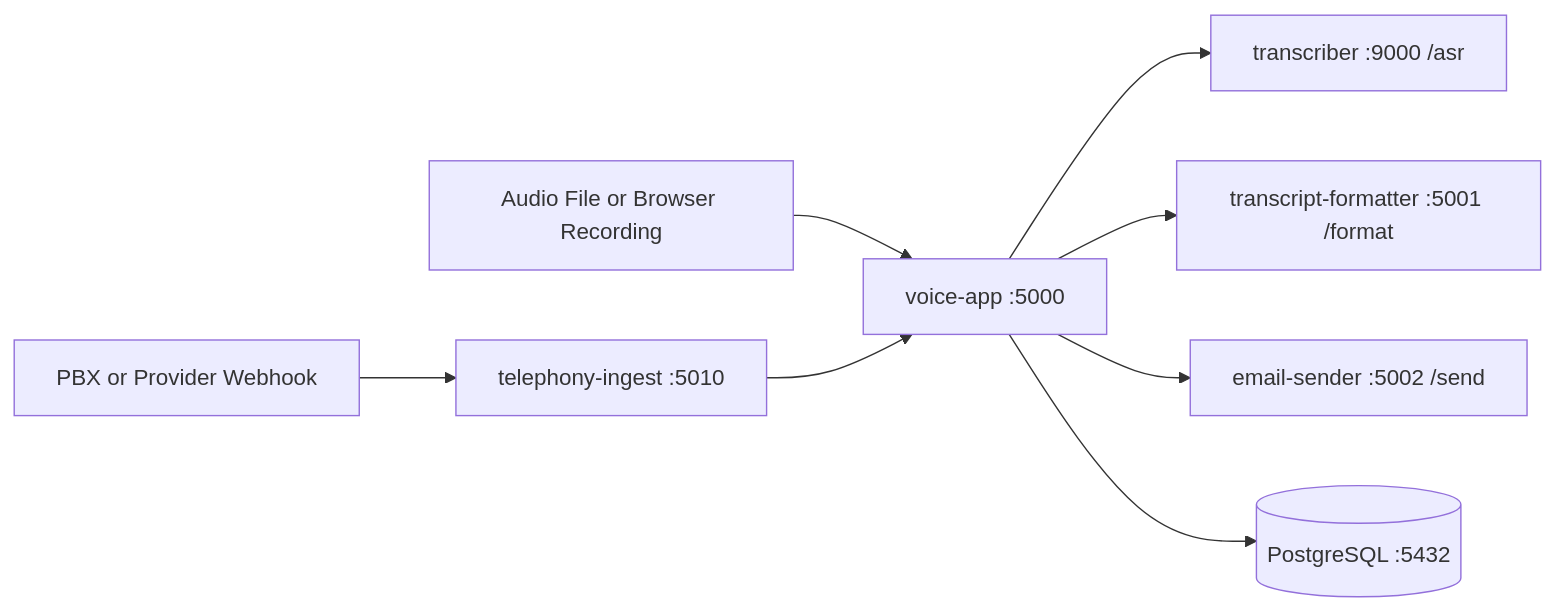
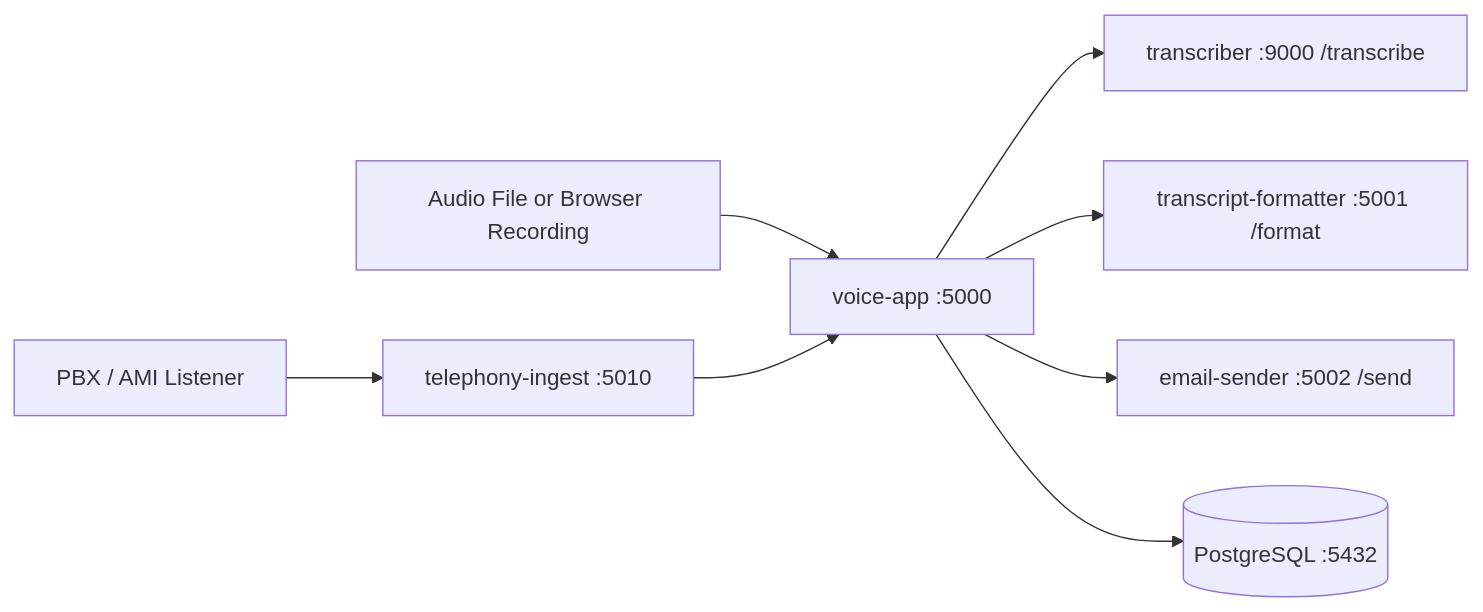
One commit to AlexMakesC0de/AI-calling-assistant changed the diagram in README.md. Above: the diagram before and after it, drawn with Mermaid. The commit also changed other lines of this file and 4 other files, not shown here.

````diff
--- a/README.md
+++ b/README.md
@@ -32,10 +32,10 @@
 ```mermaid
 flowchart LR
     A[Audio File or Browser Recording] --> B[voice-app :5000]
-    B --> C[transcriber :9000 /asr]
+    B --> C[transcriber :9000 /transcribe]
     B --> D[transcript-formatter :5001 /format]
     B --> E[email-sender :5002 /send]
     B --> F[(PostgreSQL :5432)]
-    G[PBX or Provider Webhook] --> H[telephony-ingest :5010]
+    G[PBX / AMI Listener] --> H[telephony-ingest :5010]
     H --> B
 ```
````
